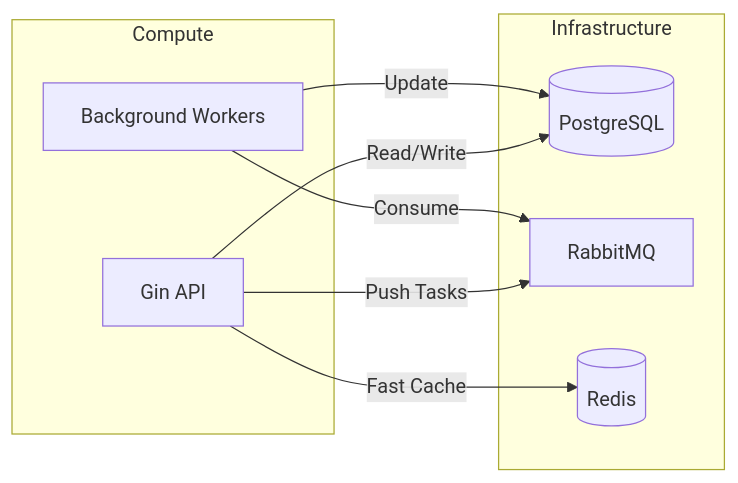
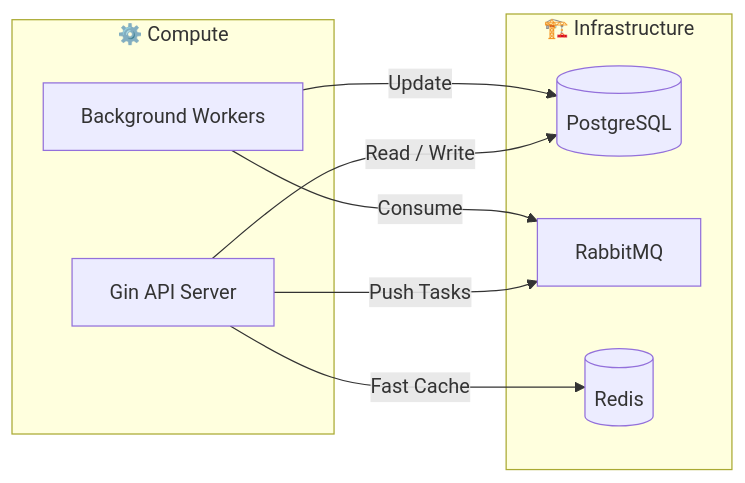
One commit to arhamxfarooqui/AXIOS-GO changed the first of 3 diagrams in ARCHITECTURE.md. Above: the diagram before and after it, drawn with Mermaid. The commit also changed other lines of this file, not shown here.

First line of the commit message:
Revise AXIOS-GO architecture documentation

````diff
--- a/ARCHITECTURE.md
+++ b/ARCHITECTURE.md
@@ -15,19 +57,19 @@
 ```mermaid
 graph LR
-    subgraph "Compute"
-        API[Gin API]
+    subgraph "⚙️ Compute"
+        API[Gin API Server]
         Worker[Background Workers]
     end
 
-    subgraph "Infrastructure"
+    subgraph "🏗️ Infrastructure"
         DB[(PostgreSQL)]
         RMQ[RabbitMQ]
         Cache[(Redis)]
     end
 
-    API -->|Read/Write| DB
+    API -->|Read / Write| DB
     API -->|Push Tasks| RMQ
     Worker -->|Consume| RMQ
     Worker -->|Update| DB
     API -->|Fast Cache| Cache
 ```
````
